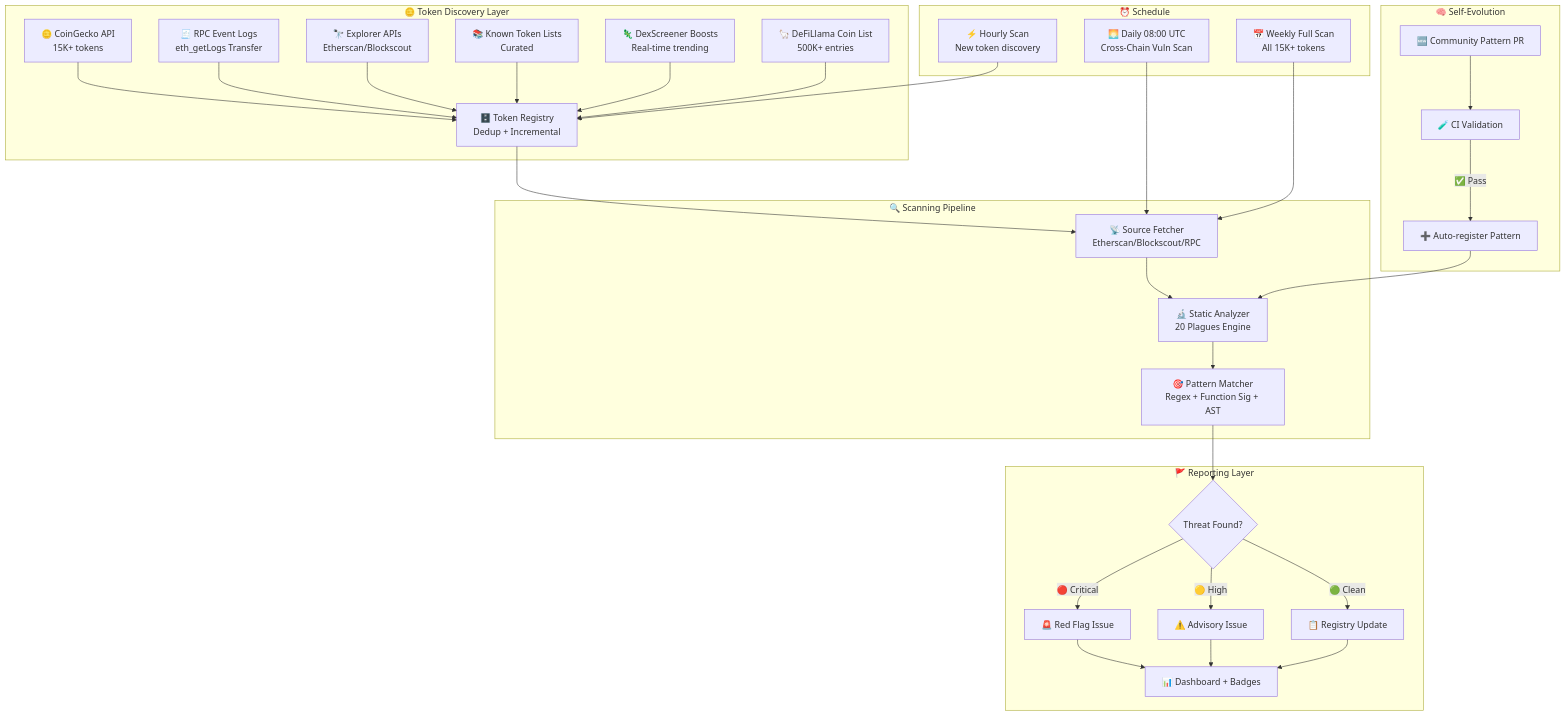
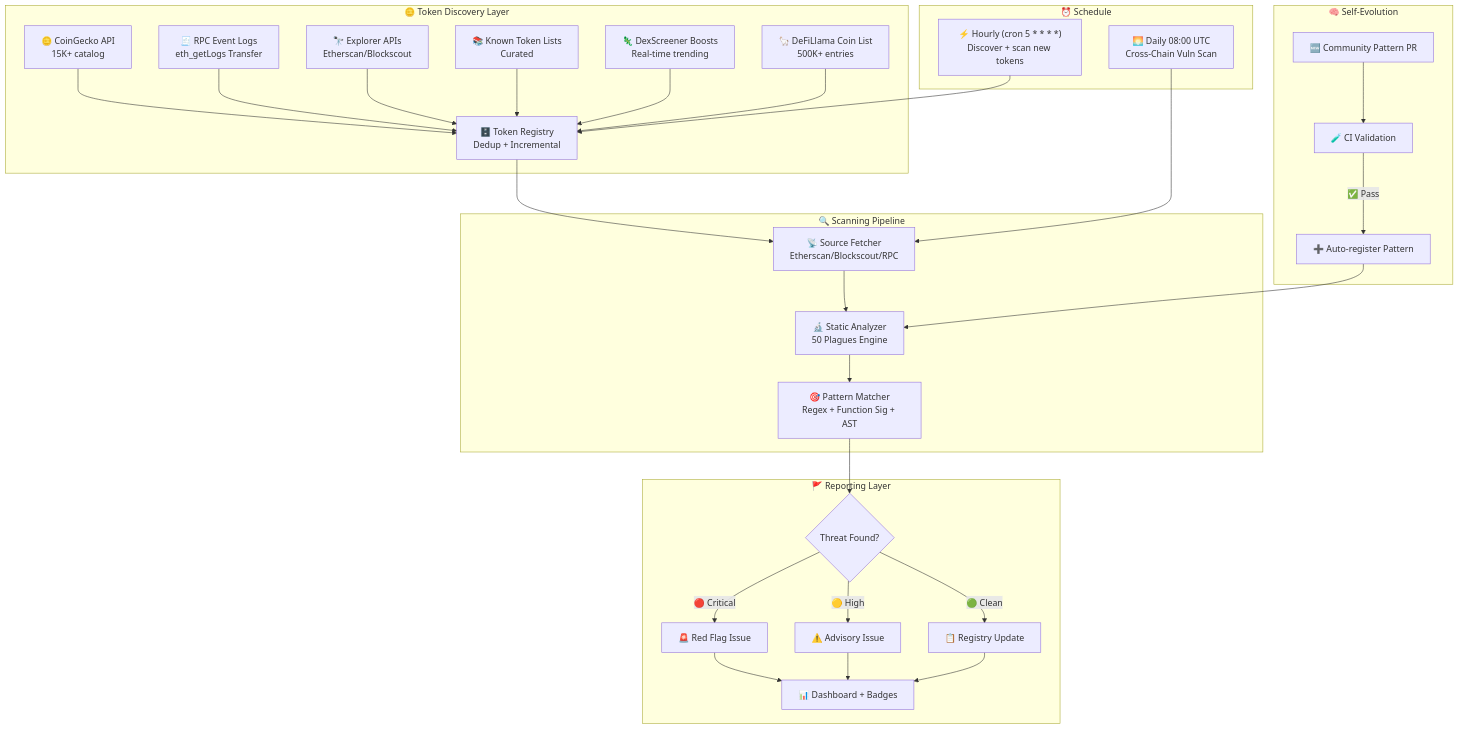
Before and after one commit to Lord1Egypt/MaatEye: the diagram in README.md, drawn with Mermaid. The commit also changed other lines of this file, not shown here.

First line of the commit message:
docs: honest README — 50 patterns, 55 chains (15 populated), ~6.5K registry

````diff
--- a/README.md
+++ b/README.md
@@ -154,37 +227,36 @@
 ```mermaid
 flowchart TB
     subgraph "🪙 Token Discovery Layer"
-        A1[🪙 CoinGecko API<br/>15K+ tokens] --> D[🗄️ Token Registry<br/>Dedup + Incremental]
+        A1[🪙 CoinGecko API<br/>15K+ catalog] --> D[🗄️ Token Registry<br/>Dedup + Incremental]
         A2[🧾 RPC Event Logs<br/>eth_getLogs Transfer] --> D
         A3[🔭 Explorer APIs<br/>Etherscan/Blockscout] --> D
         A4[📚 Known Token Lists<br/>Curated] --> D
         A5[🦎 DexScreener Boosts<br/>Real-time trending] --> D
         A6[🦙 DeFiLlama Coin List<br/>500K+ entries] --> D
     end
 
     subgraph "🔍 Scanning Pipeline"
         D --> E[📡 Source Fetcher<br/>Etherscan/Blockscout/RPC]
-        E --> F[🔬 Static Analyzer<br/>20 Plagues Engine]
+        E --> F[🔬 Static Analyzer<br/>50 Plagues Engine]
         F --> G[🎯 Pattern Matcher<br/>Regex + Function Sig + AST]
     end
 
     subgraph "🚩 Reporting Layer"
         G --> H{Threat Found?}
         H -->|🔴 Critical| I[🚨 Red Flag Issue]
         H -->|🟡 High| J[⚠️ Advisory Issue]
         H -->|🟢 Clean| K[📋 Registry Update]
         I & J & K --> L[📊 Dashboard + Badges]
     end
 
     subgraph "⏰ Schedule"
-        M1[⚡ Hourly Scan<br/>New token discovery] --> D
-        M2[🌅 Daily 08:00 UTC<br/>Cross-Chain Vuln Scan] --> E
-        M3[📅 Weekly Full Scan<br/>All 15K+ tokens] --> E
+        M1["⚡ Hourly (cron 5 * * * *)<br/>Discover + scan new tokens"] --> D
+        M2["🌅 Daily 08:00 UTC<br/>Cross-Chain Vuln Scan"] --> E
     end
 
     subgraph "🧠 Self-Evolution"
         N[🆕 Community Pattern PR] --> O[🧪 CI Validation]
         O -->|✅ Pass| P[➕ Auto-register Pattern]
         P --> F
     end
 ```
````
